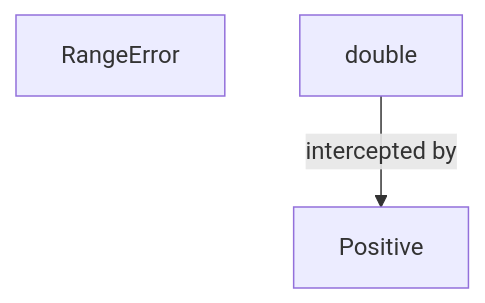
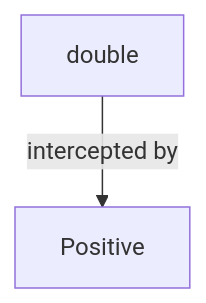
The first of 2 diagrams in docs/examples/approved-design/domain/numbers-diagrams.md (GreenPandaStudios/augscript), drawn with Mermaid before and after one commit. The commit also changed other lines of this file and 304 other files, not shown here.

Commit message:
Make generated data-flow sequences concise and review every diagram

````diff
--- a/docs/examples/approved-design/domain/numbers-diagrams.md
+++ b/docs/examples/approved-design/domain/numbers-diagrams.md
@@ -19,7 +19,6 @@
 ```mermaid
 flowchart TD
     n0["Positive"]
-    n1["RangeError"]
-    n2["double"]
-    n2 -->|"intercepted by"| n0
+    n1["double"]
+    n1 -->|"intercepted by"| n0
 ```
````
